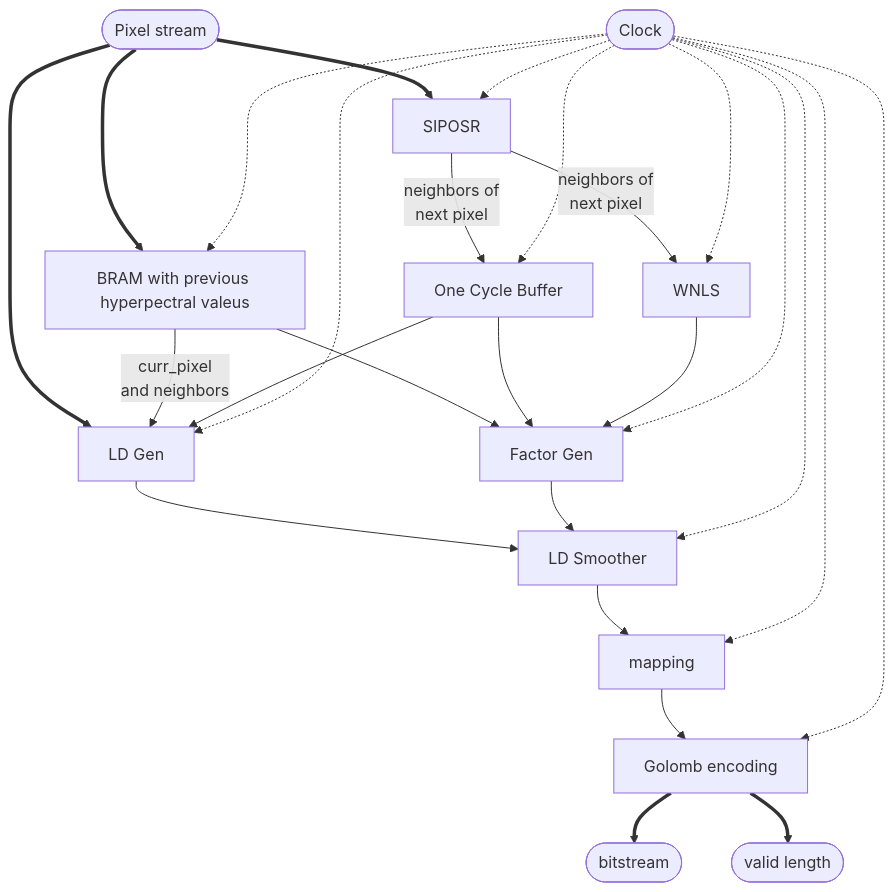
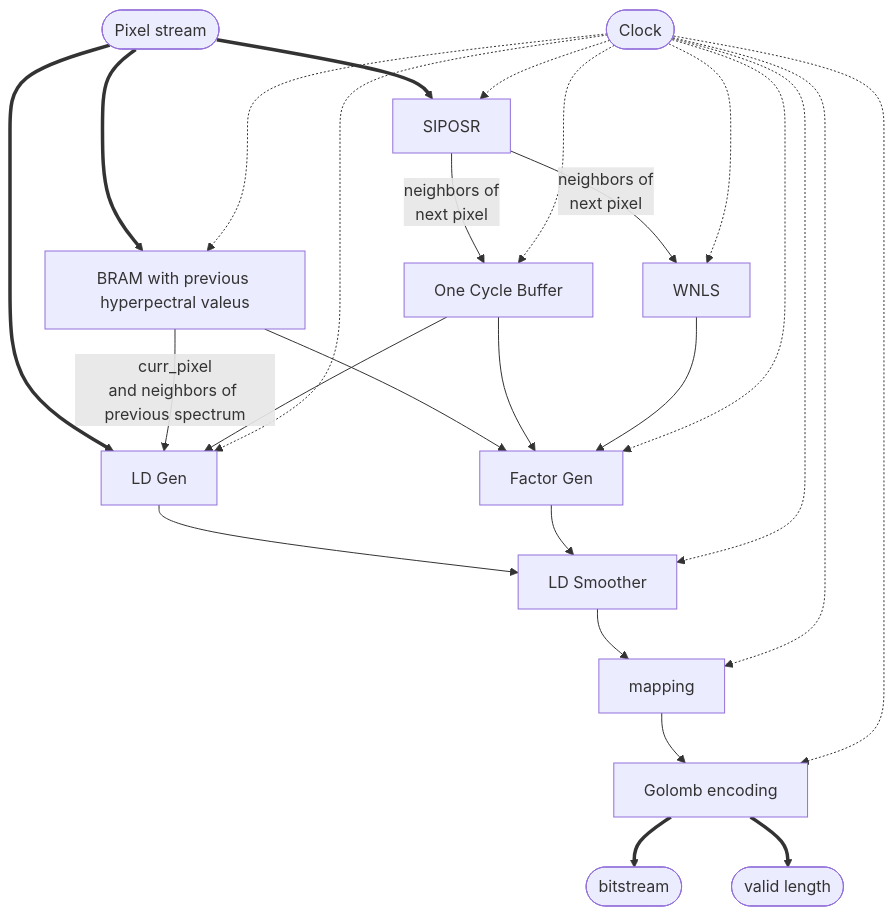
The diagram in README.md (Aryan-Varma/SLA_compression_algorithm), drawn with Mermaid before and after one commit.

````diff
--- a/README.md
+++ b/README.md
@@ -18,43 +18,43 @@
 ```mermaid
 graph TD
     PIXEL([Pixel stream])
     CLK([Clock])
     
     SIPOSR[SIPOSR]
     CURR_BUF[BRAM with previous hyperpectral valeus]
     BUF[One Cycle Buffer]
     WNLS[WNLS]
     LD_GEN[LD Gen]
     FACT_GEN[Factor Gen]
     LD_SMOOTH[LD Smoother]
     MAPPING[mapping]
     GOLOMB[Golomb encoding]
     
     BS([bitstream])
     VL([valid length])
 
     PIXEL ==> SIPOSR
     PIXEL ==> CURR_BUF
     PIXEL ==> LD_GEN
 
     SIPOSR -->|neighbors of<br>next pixel| WNLS
     SIPOSR -->|neighbors of<br>next pixel| BUF
 
-    CURR_BUF -->|curr_pixel<br>and neighbors| LD_GEN
+    CURR_BUF -->|curr_pixel<br>and neighbors of previous spectrum| LD_GEN
     CURR_BUF --> FACT_GEN
 
     BUF --> LD_GEN
     BUF --> FACT_GEN
     WNLS --> FACT_GEN
 
     LD_GEN --> LD_SMOOTH
     FACT_GEN --> LD_SMOOTH
 
     LD_SMOOTH --> MAPPING
     MAPPING --> GOLOMB
 
     GOLOMB ==> BS
     GOLOMB ==> VL
 
     CLK -.-> SIPOSR & CURR_BUF & BUF & WNLS & LD_GEN & FACT_GEN & LD_SMOOTH & MAPPING & GOLOMB
 ```
````
